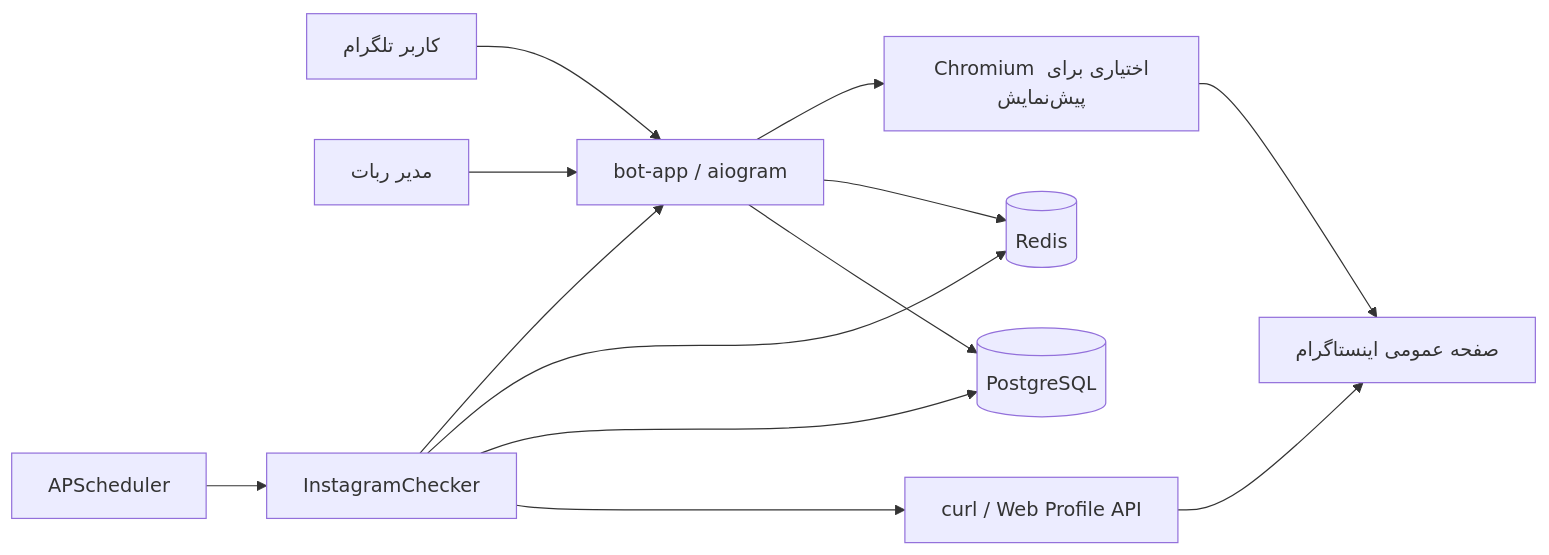
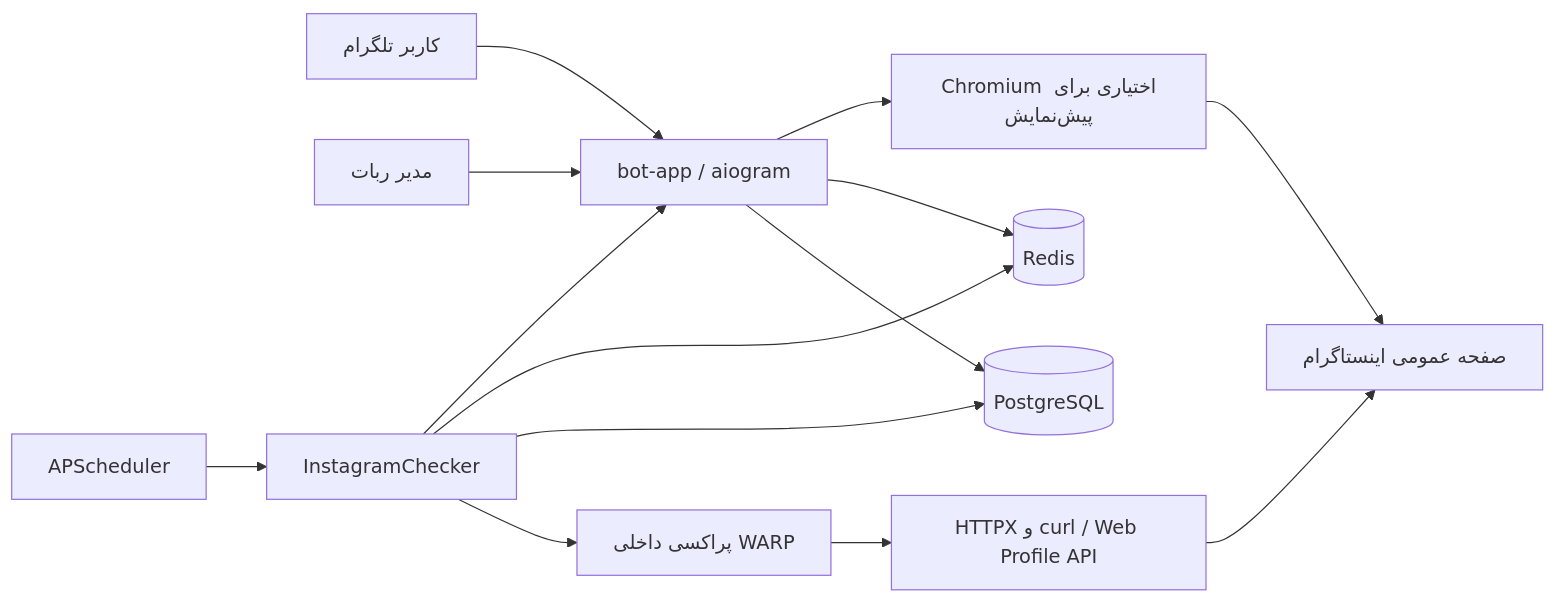
Before and after one commit to farstar-team/farstar-warner: the diagram in README.md, drawn with Mermaid. The commit also changed other lines of this file and 8 other files, not shown here.

````diff
--- a/README.md
+++ b/README.md
@@ -53,15 +53,16 @@
 ```mermaid
 flowchart LR
     U["کاربر تلگرام"] --> B["bot-app / aiogram"]
     A["مدیر ربات"] --> B
     B --> P[("PostgreSQL")]
     B --> R[("Redis")]
     S["APScheduler"] --> C["InstagramChecker"]
-    C --> H["curl / Web Profile API"]
+    C --> W["پراکسی داخلی WARP"]
+    W --> H["HTTPX و curl / Web Profile API"]
     B --> X["Chromium اختیاری برای پیش‌نمایش"]
     H --> I["صفحه عمومی اینستاگرام"]
     X --> I
     C --> P
     C --> R
     C --> B
 ```
````
